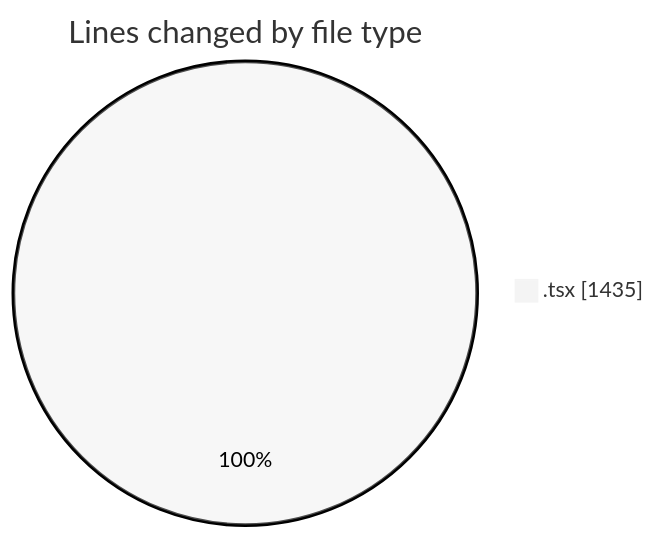
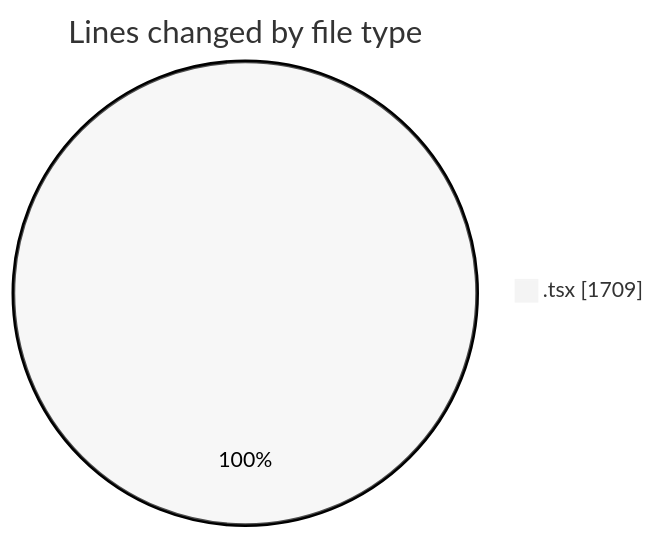
One commit to nxtqubesakshisongat/code-tracking changed the first of 2 diagrams in 2026-04-09/airfeed-analytics-dashboard/README.md. Above: the diagram before and after it, drawn with Mermaid (neutral theme). The commit also changed other lines of this file and 1 other file, not shown here.

````diff
--- a/2026-04-09/airfeed-analytics-dashboard/README.md
+++ b/2026-04-09/airfeed-analytics-dashboard/README.md
@@ -26,5 +26,5 @@
 ```mermaid
 pie showData
 title Lines changed by file type
-".tsx" : 1435
+".tsx" : 1709
 ```
````
